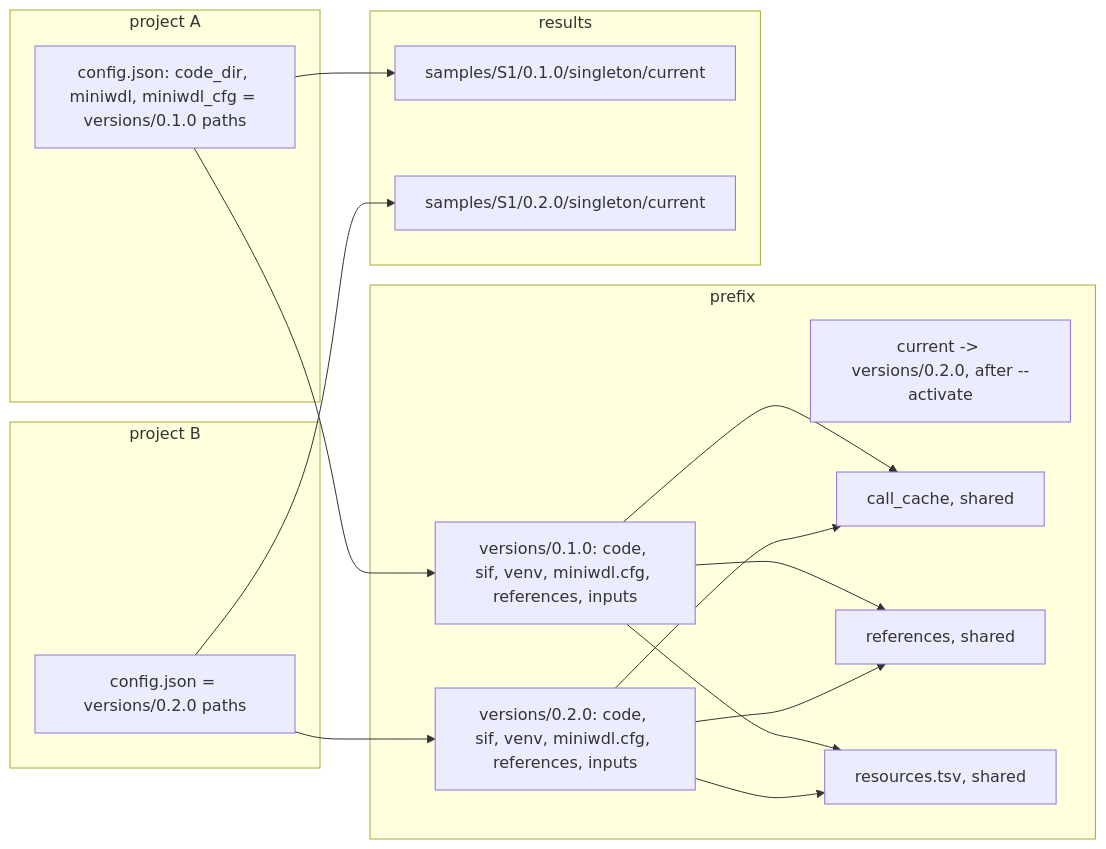
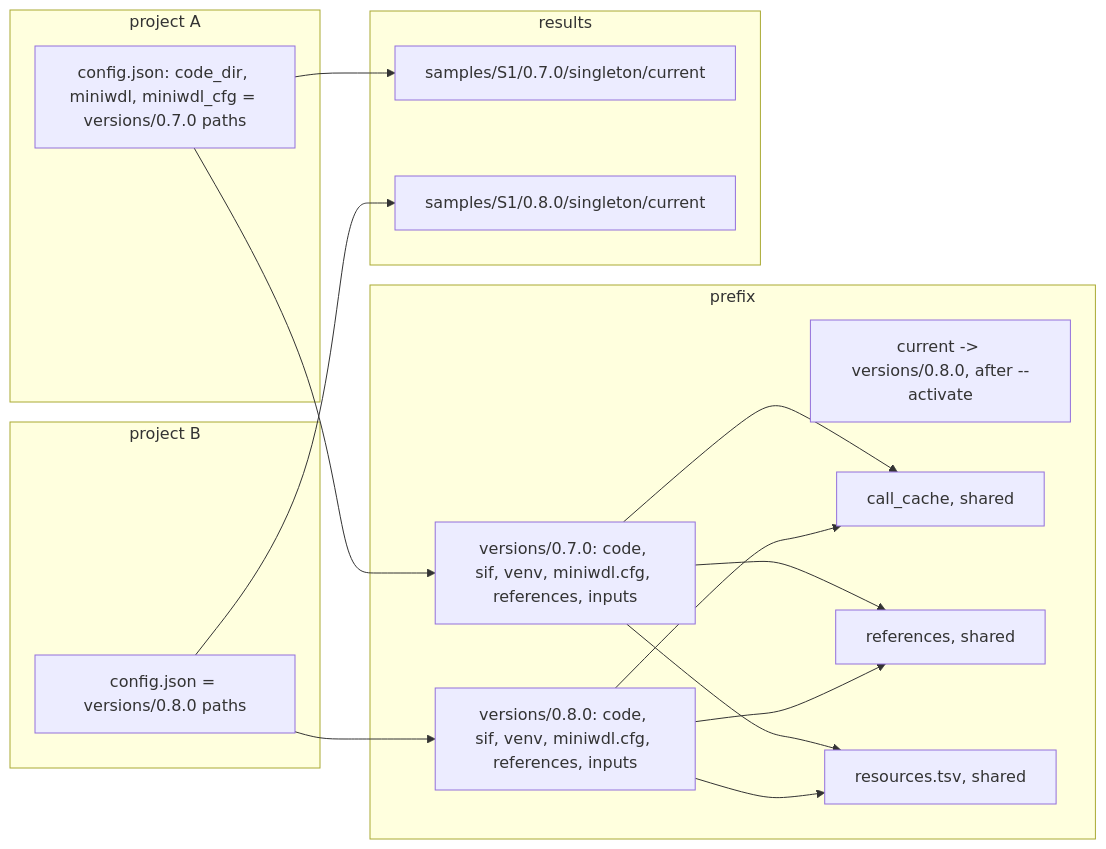
One commit to UppsalaGenomeCenter/ugc-wgw changed the diagram in docs/guide/10-upgrading.md. Above: the diagram before and after it, drawn with Mermaid. The commit also changed other lines of this file and 15 other files, not shown here.

````diff
--- a/docs/guide/10-upgrading.md
+++ b/docs/guide/10-upgrading.md
@@ -5,31 +5,31 @@
 ```mermaid
 flowchart LR
   subgraph prefix["prefix"]
-    v1["versions/0.1.0: code, sif, venv, miniwdl.cfg, references, inputs"]
-    v2["versions/0.2.0: code, sif, venv, miniwdl.cfg, references, inputs"]
-    cur["current -> versions/0.2.0, after --activate"]
+    v1["versions/0.7.0: code, sif, venv, miniwdl.cfg, references, inputs"]
+    v2["versions/0.8.0: code, sif, venv, miniwdl.cfg, references, inputs"]
+    cur["current -> versions/0.8.0, after --activate"]
     cc["call_cache, shared"]
     refs["references, shared"]
     pol["resources.tsv, shared"]
   end
   subgraph proj["project A"]
-    cfgA["config.json: code_dir, miniwdl, miniwdl_cfg = versions/0.1.0 paths"]
+    cfgA["config.json: code_dir, miniwdl, miniwdl_cfg = versions/0.7.0 paths"]
   end
   subgraph proj2["project B"]
-    cfgB["config.json = versions/0.2.0 paths"]
+    cfgB["config.json = versions/0.8.0 paths"]
   end
   subgraph res["results"]
-    r1["samples/S1/0.1.0/singleton/current"]
-    r2["samples/S1/0.2.0/singleton/current"]
+    r1["samples/S1/0.7.0/singleton/current"]
+    r2["samples/S1/0.8.0/singleton/current"]
   end
   cfgA --> v1
   cfgB --> v2
   v1 --> cc
   v2 --> cc
   v1 --> refs
   v2 --> refs
   v1 --> pol
   v2 --> pol
   cfgA --> r1
   cfgB --> r2
 ```
````
